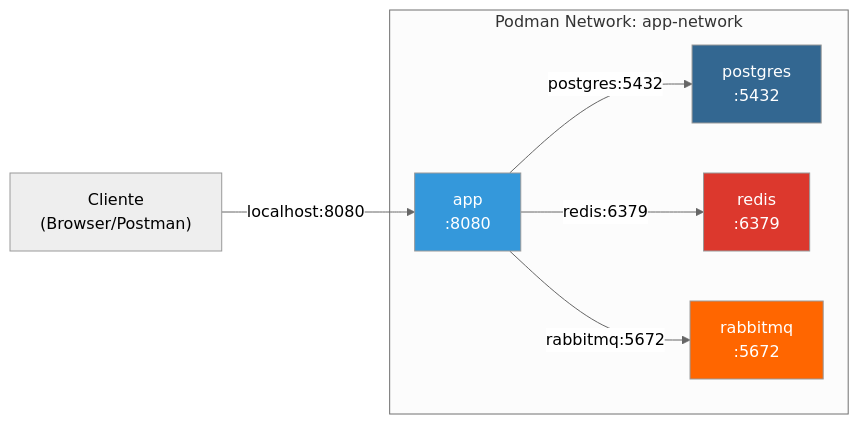
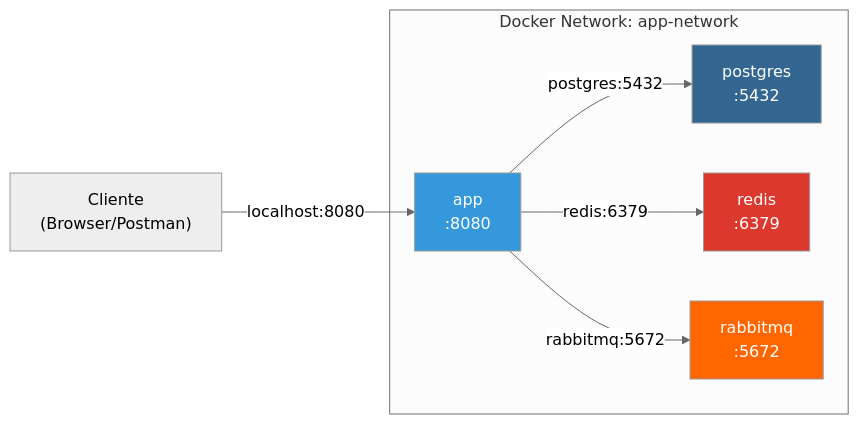
Before and after one commit to deusemarjunior/trein-java-intermed: the fourth of 4 diagrams in dia-07/slide-04.md, drawn with Mermaid (neutral theme). The commit also changed other lines of this file and 12 other files, not shown here.

First line of the commit message:
Refactor slides and configuration files to transition from Podman to Docker

````diff
--- a/dia-07/slide-04.md
+++ b/dia-07/slide-04.md
@@ -233,15 +233,15 @@
 ```mermaid
 graph LR
-    subgraph "Podman Network: app-network"
+    subgraph "Docker Network: app-network"
         APP["app<br/>:8080"] -->|"postgres:5432"| PG["postgres<br/>:5432"]
         APP -->|"redis:6379"| RED["redis<br/>:6379"]
         APP -->|"rabbitmq:5672"| RMQ["rabbitmq<br/>:5672"]
     end
 
     USER["Cliente<br/>(Browser/Postman)"] -->|"localhost:8080"| APP
 
     style APP fill:#3498db,color:#fff
     style PG fill:#336791,color:#fff
     style RED fill:#dc382d,color:#fff
     style RMQ fill:#ff6600,color:#fff
 ```
````
